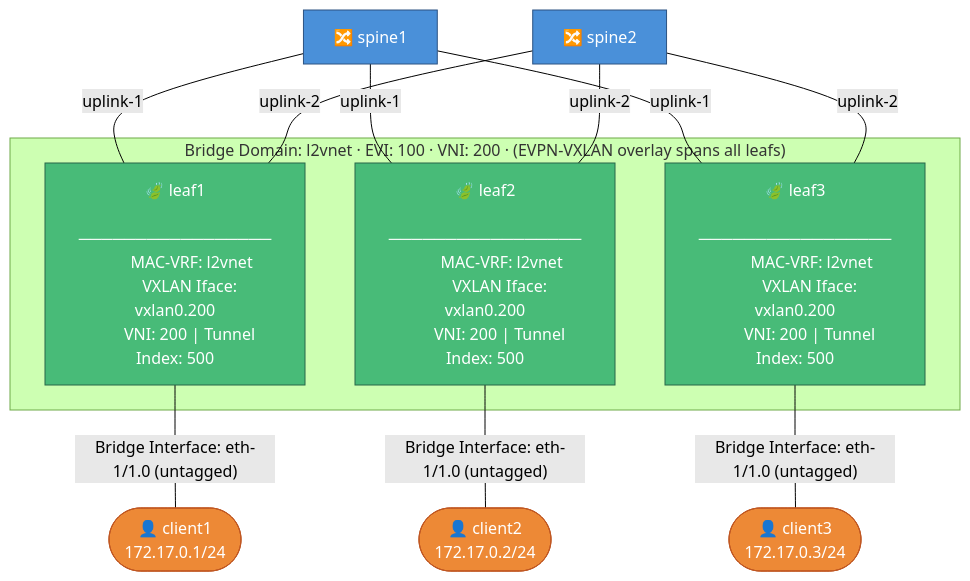
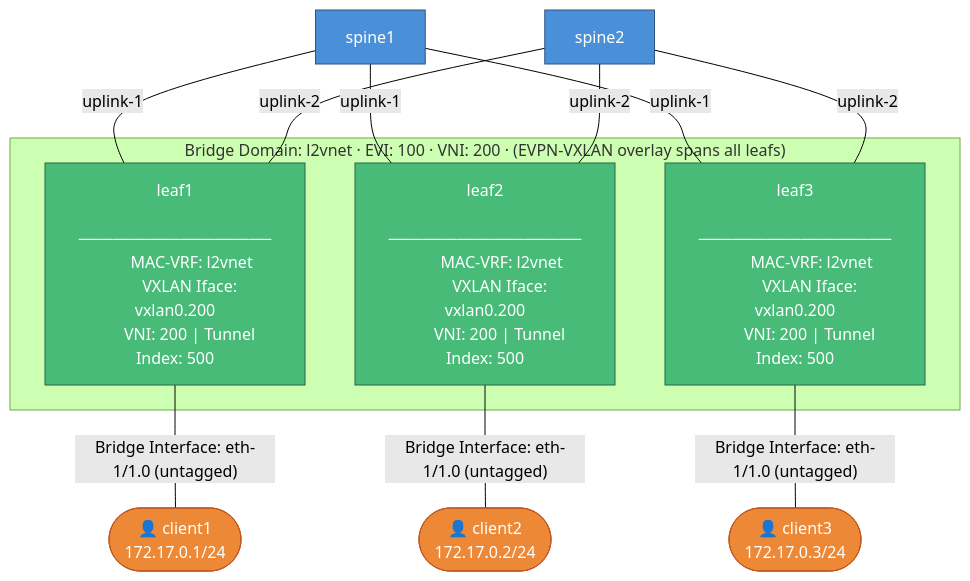
One commit to thcorre/eda-quick-tour changed the first of 2 diagrams in part2-service-overlays.md. Above: the diagram before and after it, drawn with Mermaid (forest theme).

````diff
--- a/part2-service-overlays.md
+++ b/part2-service-overlays.md
@@ -89,51 +89,51 @@
 ```mermaid
 graph TD
-    spine1[🔀 spine1]
-    spine2[🔀 spine2]
+    spine1[spine1]
+    spine2[spine2]
 
     subgraph BD["Bridge Domain: l2vnet  ·  EVI: 100  ·  VNI: 200  ·  (EVPN-VXLAN overlay spans all leafs)"]
-        leaf1["🍃 leaf1
+        leaf1["leaf1
         ─────────────────
         MAC-VRF: l2vnet
         VXLAN Iface: vxlan0.200
         VNI: 200 | Tunnel Index: 500"]
 
-        leaf2["🍃 leaf2
+        leaf2["leaf2
         ─────────────────
         MAC-VRF: l2vnet
         VXLAN Iface: vxlan0.200
         VNI: 200 | Tunnel Index: 500"]
 
-        leaf3["🍃 leaf3
+        leaf3["leaf3
         ─────────────────
         MAC-VRF: l2vnet
         VXLAN Iface: vxlan0.200
         VNI: 200 | Tunnel Index: 500"]
     end
 
     c1(["👤 client1
     172.17.0.1/24"])
     c2(["👤 client2
     172.17.0.2/24"])
     c3(["👤 client3
     172.17.0.3/24"])
 
     spine1 ---|uplink-1| leaf1
     spine1 ---|uplink-1| leaf2
     spine1 ---|uplink-1| leaf3
     spine2 ---|uplink-2| leaf1
     spine2 ---|uplink-2| leaf2
     spine2 ---|uplink-2| leaf3
 
     leaf1 ---|"Bridge Interface: eth-1/1.0 (untagged)"| c1
     leaf2 ---|"Bridge Interface: eth-1/1.0 (untagged)"| c2
     leaf3 ---|"Bridge Interface: eth-1/1.0 (untagged)"| c3
 
     classDef spine fill:#4a90d9,color:#fff,stroke:#2c5282
     classDef leaf fill:#48bb78,color:#fff,stroke:#276749
     classDef client fill:#ed8936,color:#fff,stroke:#c05621
 
     class spine1,spine2 spine
     class leaf1,leaf2,leaf3 leaf
     class c1,c2,c3 client
 ```
````
